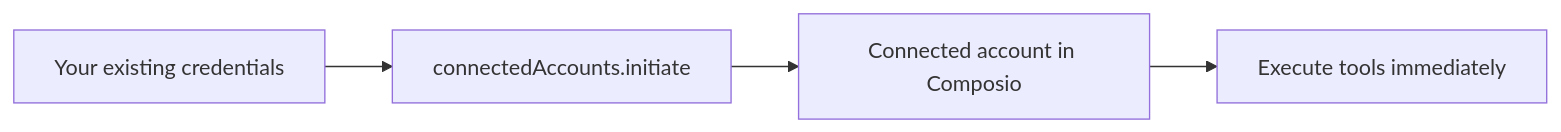
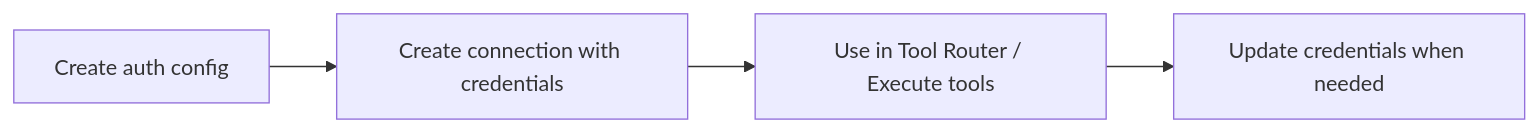
Before and after one commit to azaj01/composio: the diagram in docs/content/docs/importing-existing-connections.mdx, drawn with Mermaid. The commit also changed other lines of this file and 1 other file, not shown here.

First line of the commit message:
docs: add auth config creation, credential patching, and tool router to importing connections

````diff
--- a/docs/content/docs/importing-existing-connections.mdx
+++ b/docs/content/docs/importing-existing-connections.mdx
@@ -18,6 +16,6 @@
 ```mermaid
 graph LR
-    A[Your existing credentials] --> B[connectedAccounts.initiate]
-    B --> C[Connected account in Composio]
-    C --> D[Execute tools immediately]
+    A[Create auth config] --> B[Create connection with credentials]
+    B --> C[Use in Tool Router / Execute tools]
+    C --> D[Update credentials when needed]
 ```
````
